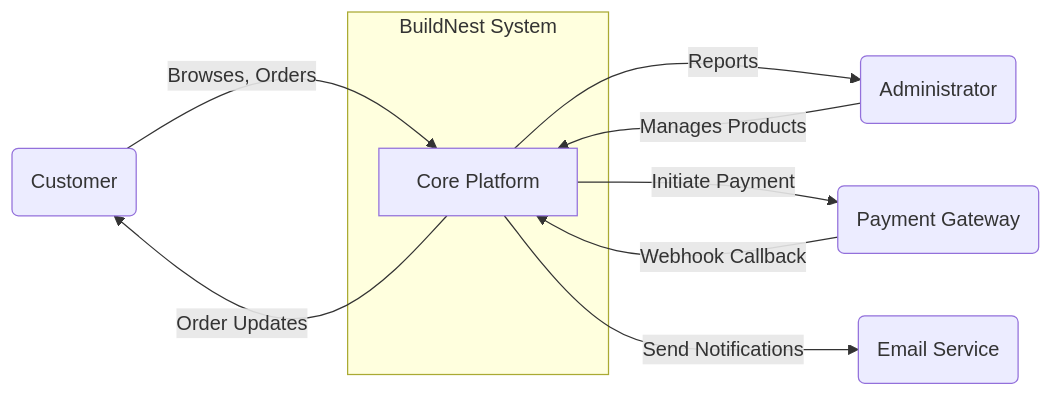
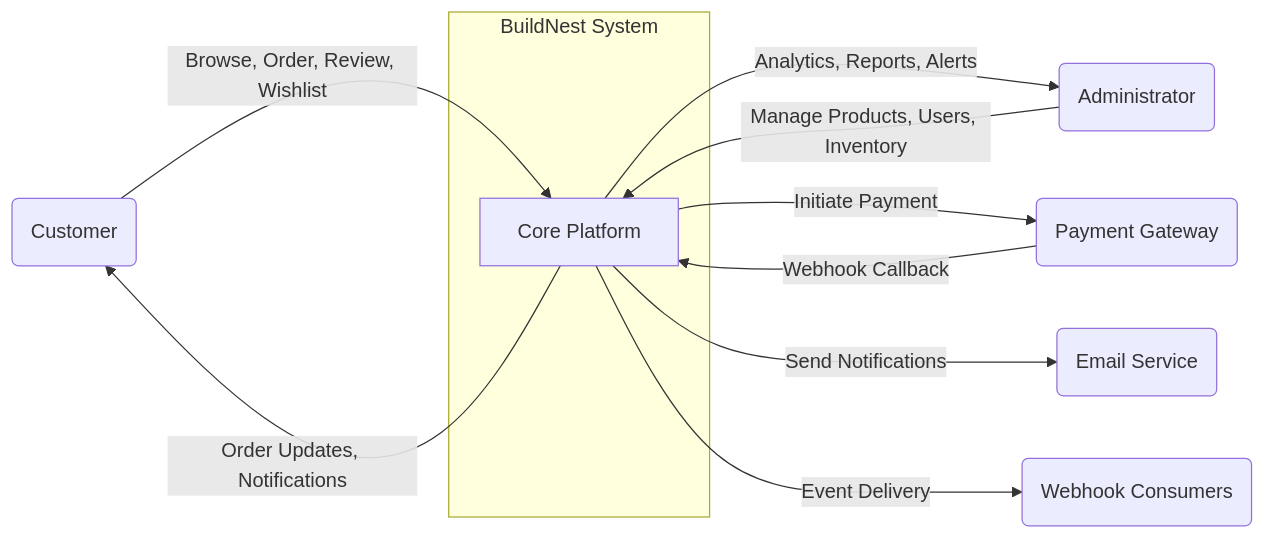
One commit to pradip9096/buildnest-ecommerce-platform changed the second of 5 diagrams in docs/ISO-IEC-IEEE/High_Level_Design_IEEE_42010.md. Above: the diagram before and after it, drawn with Mermaid. The commit also changed other lines of this file and 2 other files, not shown here.

````diff
--- a/docs/ISO-IEC-IEEE/High_Level_Design_IEEE_42010.md
+++ b/docs/ISO-IEC-IEEE/High_Level_Design_IEEE_42010.md
@@ -107,22 +219,24 @@
 ```mermaid
 flowchart LR
     Customer(Customer)
     Admin(Administrator)
     PG(Payment Gateway)
     Email(Email Service)
+    WH(Webhook Consumers)
 
     subgraph "BuildNest System"
         Core[Core Platform]
     end
 
-    Customer -->|Browses, Orders| Core
-    Core -->|Order Updates| Customer
+    Customer -->|Browse, Order, Review, Wishlist| Core
+    Core -->|Order Updates, Notifications| Customer
 
-    Admin -->|Manages Products| Core
-    Core -->|Reports| Admin
+    Admin -->|Manage Products, Users, Inventory| Core
+    Core -->|Analytics, Reports, Alerts| Admin
 
     Core -->|Initiate Payment| PG
     PG -->|Webhook Callback| Core
 
     Core -->|Send Notifications| Email
+    Core -->|Event Delivery| WH
 ```
````
